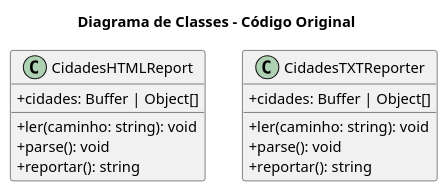
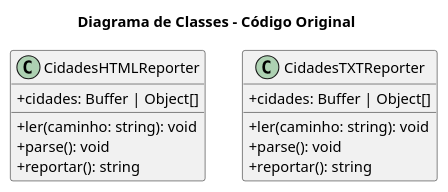
The diagram in diagramas/diagrama-classes-original.puml (DanielVieira02/TP2EngSw), drawn with PlantUML before and after one commit. The commit also changed 5 other files, not shown here.

Commit message:
Adiciona diagramas

```diff
--- a/diagramas/diagrama-classes-original.puml
+++ b/diagramas/diagrama-classes-original.puml
@@ -1,20 +1,20 @@
 @startuml
 skinparam classAttributeIconSize 0
 
 title Diagrama de Classes - Código Original
 
-class CidadesHTMLReport {
+class CidadesHTMLReporter {
     + cidades: Buffer | Object[]
     + ler(caminho: string): void
     + parse(): void
     + reportar(): string
 }
 
 class CidadesTXTReporter {
     + cidades: Buffer | Object[]
     + ler(caminho: string): void
     + parse(): void
     + reportar(): string
 }
 
 @enduml
```
